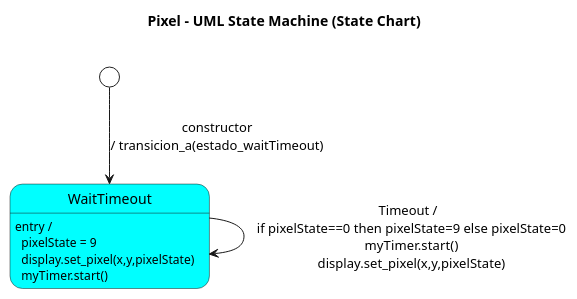
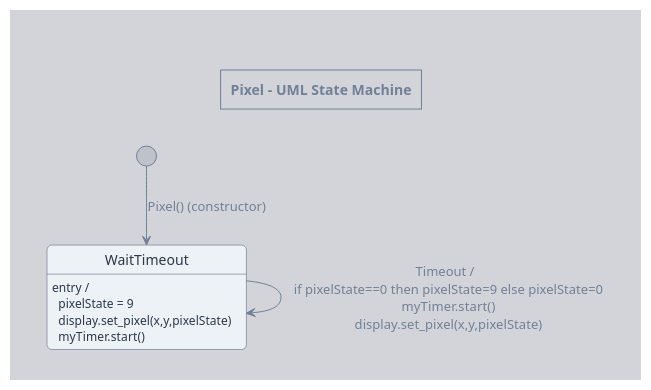
The diagram in diagrams/src/pixelStateMachine.puml (juanferfranco/interactivos1-2026-10), drawn with PlantUML before and after one commit. The commit also changed 3 other files, not shown here.

Commit message:
Unit2 in progress Sequence Diagram for Pixel

```diff
--- a/diagrams/src/pixelStateMachine.puml
+++ b/diagrams/src/pixelStateMachine.puml
@@ -1,33 +1,33 @@
 @startuml
 
 <style>
-
-document {
-  Margin 20
+root {
+  BackgroundColor #4a556822 
+  FontColor #718096
+  LineColor #718096
+  Margin 30
   Padding 10
 }
 
 stateDiagram {
-  BackgroundColor white
-    state {
-        BackgroundColor aqua
-    }
+  state {
+    BackgroundColor #edf2f7
+    LineColor #4a5568
+    FontColor #2d3748
+    RoundCorner 10
+  }
+  arrow {
+    LineColor #718096
+    FontColor #718096
+  }
 }
 </style>
 
 
-title Pixel - UML State Machine (State Chart)
+title Pixel - UML State Machine
 
-' Estado inicial (construcción) -> transición al estado waitTimeout
-[*] --> WaitTimeout : constructor\n/ transicion_a(estado_waitTimeout)
-
-state WaitTimeout {
-}
-
-' Acciones de ENTRY del estado
+[*] --> WaitTimeout : Pixel() (constructor)
 WaitTimeout : entry /\n  pixelState = 9\n  display.set_pixel(x,y,pixelState)\n  myTimer.start()
-
-' Evento Timeout (self-transition: mismo estado, acciones internas)
 WaitTimeout --> WaitTimeout : Timeout /\n  if pixelState==0 then pixelState=9 else pixelState=0\n  myTimer.start()\n  display.set_pixel(x,y,pixelState)
 
 @enduml
```
